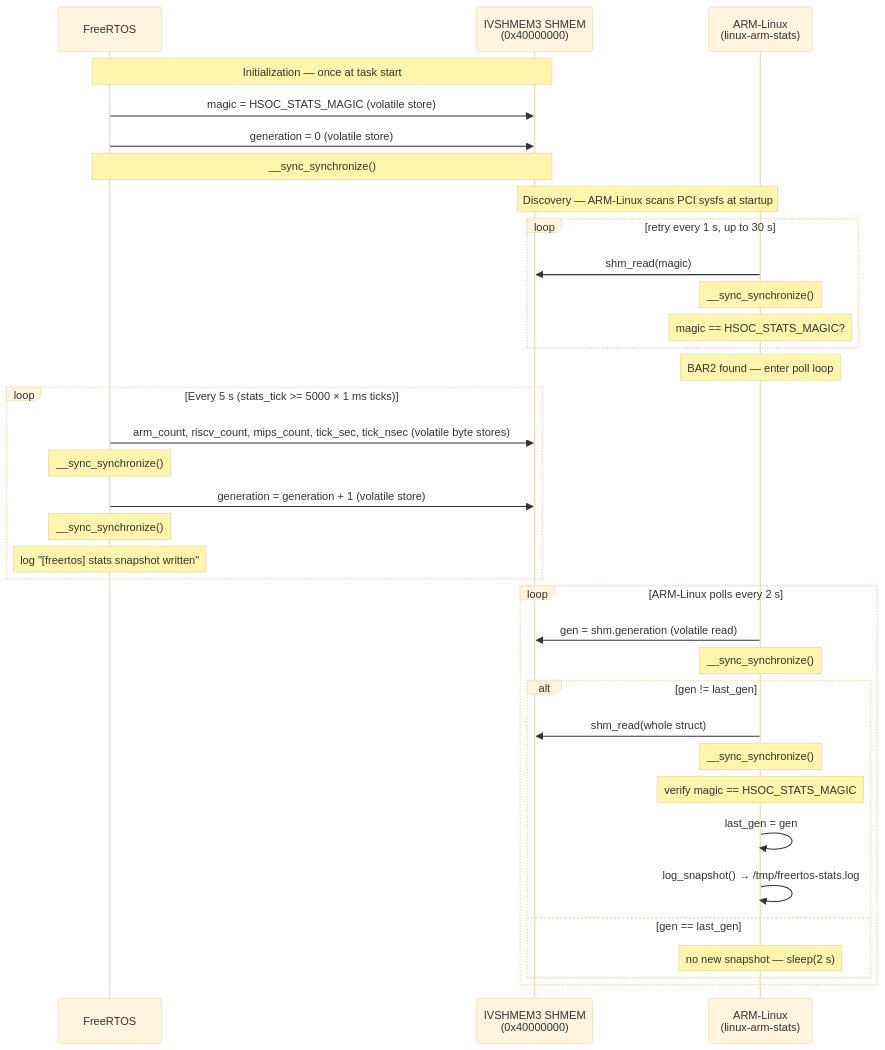
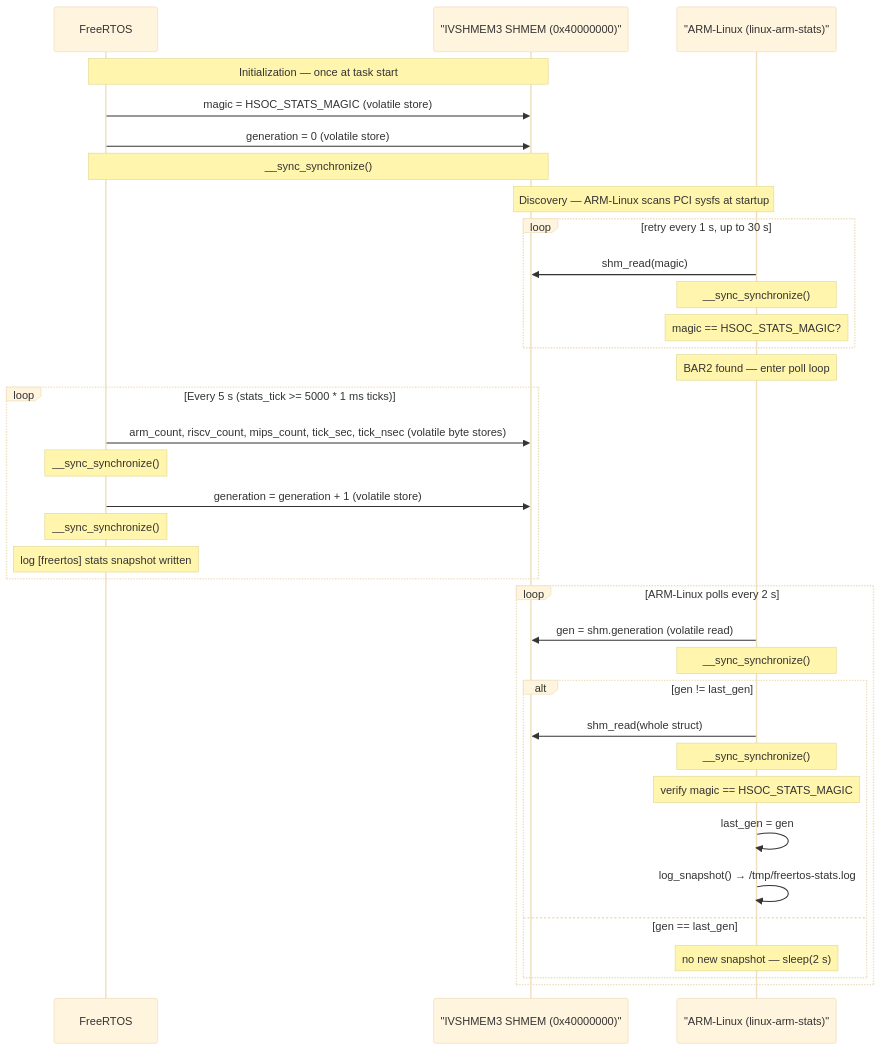
One commit to yhsung/chimera changed the second of 2 diagrams in README.md. Above: the diagram before and after it, drawn with Mermaid (base theme). The commit also changed other lines of this file, not shown here.

Commit message:
docs: fix Mermaid participant label quoting and special chars
Quote participant aliases that contain spaces or parentheses so renderers
don't choke on them, and replace × with * in the loop label to avoid
Unicode rendering issues.

````diff
--- a/README.md
+++ b/README.md
@@ -137,41 +137,41 @@
 ```mermaid
 sequenceDiagram
     participant F as FreeRTOS
-    participant S as IVSHMEM3 SHMEM<br/>(0x40000000)
-    participant A as ARM-Linux<br/>(linux-arm-stats)
+    participant S as "IVSHMEM3 SHMEM (0x40000000)"
+    participant A as "ARM-Linux (linux-arm-stats)"
 
     Note over F,S: Initialization — once at task start
     F->>S: magic = HSOC_STATS_MAGIC (volatile store)
     F->>S: generation = 0 (volatile store)
     Note over F,S: __sync_synchronize()
 
     Note over S,A: Discovery — ARM-Linux scans PCI sysfs at startup
     loop retry every 1 s, up to 30 s
         A->>S: shm_read(magic)
         Note over A: __sync_synchronize()
         Note over A: magic == HSOC_STATS_MAGIC?
     end
     Note over A: BAR2 found — enter poll loop
 
-    loop Every 5 s  (stats_tick >= 5000 × 1 ms ticks)
+    loop Every 5 s (stats_tick >= 5000 * 1 ms ticks)
         F->>S: arm_count, riscv_count, mips_count, tick_sec, tick_nsec (volatile byte stores)
         Note over F: __sync_synchronize()
         F->>S: generation = generation + 1  (volatile store)
         Note over F: __sync_synchronize()
-        Note over F: log "[freertos] stats snapshot written"
+        Note over F: log [freertos] stats snapshot written
     end
 
     loop ARM-Linux polls every 2 s
         A->>S: gen = shm.generation  (volatile read)
         Note over A: __sync_synchronize()
         alt gen != last_gen
             A->>S: shm_read(whole struct)
             Note over A: __sync_synchronize()
             Note over A: verify magic == HSOC_STATS_MAGIC
             A->>A: last_gen = gen
             A->>A: log_snapshot() → /tmp/freertos-stats.log
         else gen == last_gen
             Note over A: no new snapshot — sleep(2 s)
         end
     end
 ```
````
